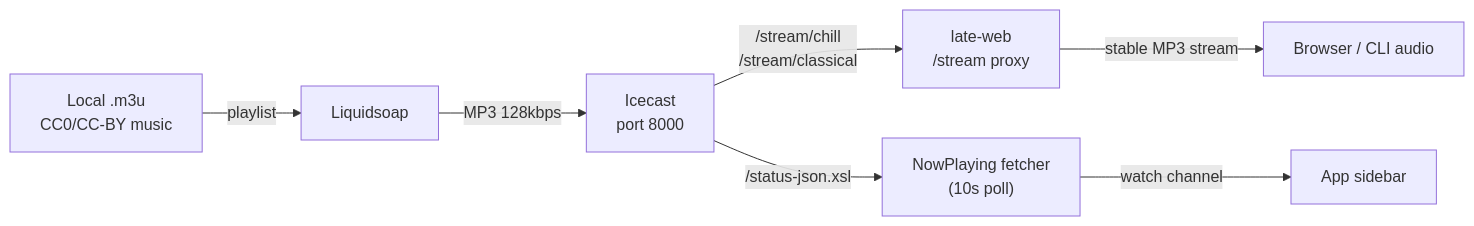
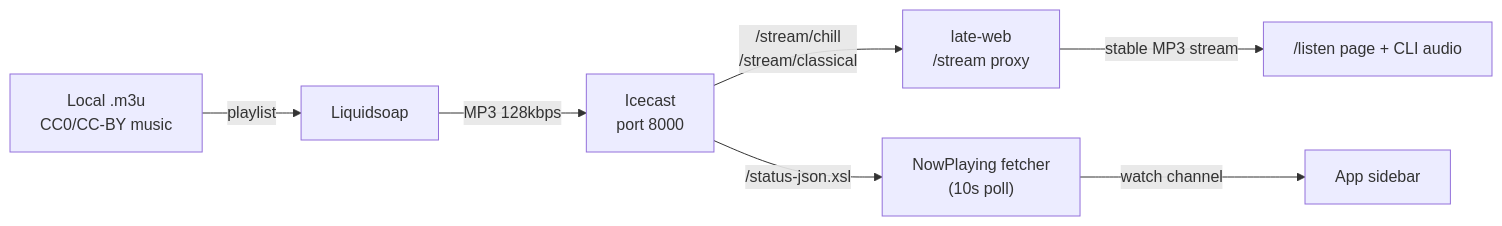
The sixth of 6 diagrams in CONTEXT.md (MichaelC001/late-sh), drawn with Mermaid before and after one commit. The commit also changed other lines of this file and 65 other files, not shown here.

First line of the commit message:
Remove browser pairing in favor of a public /listen page; retire bartender gift/round pours (#481)

````diff
--- a/CONTEXT.md
+++ b/CONTEXT.md
@@ -371,9 +371,9 @@
 ```mermaid
 flowchart LR
     LOCAL["Local .m3u<br/>CC0/CC-BY music"] -->|"playlist"| LS
     LS["Liquidsoap"] -->|"MP3 128kbps"| IC["Icecast<br/>port 8000"]
     IC -->|"/stream/chill<br/>/stream/classical"| WEBSTREAM["late-web<br/>/stream proxy"]
-    WEBSTREAM -->|"stable MP3 stream"| B["Browser / CLI audio"]
+    WEBSTREAM -->|"stable MP3 stream"| B["/listen page + CLI audio"]
     IC -->|"/status-json.xsl"| FETCH["NowPlaying fetcher<br/>(10s poll)"]
     FETCH -->|"watch channel"| APP["App sidebar"]
 ```
````
